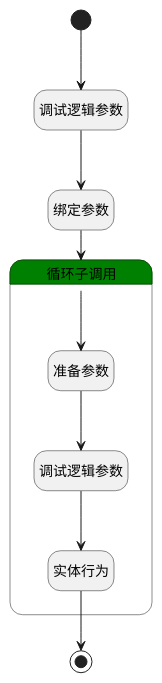
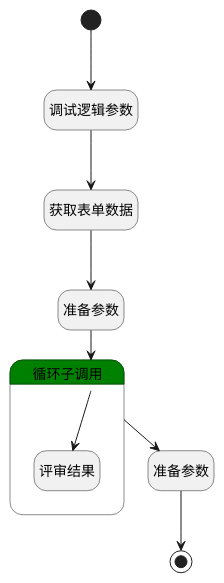
Before and after one commit to iBizLab/plm: the diagram in doc/docsify/module/TestMgmt/review_content/logic/set_review_result.md, drawn with PlantUML. The commit also changed other lines of this file and 1068 other files, not shown here.

````diff
--- a/doc/docsify/module/TestMgmt/review_content/logic/set_review_result.md
+++ b/doc/docsify/module/TestMgmt/review_content/logic/set_review_result.md
@@ -7,32 +7,32 @@
 ```plantuml
 @startuml
 hide empty description
 <style>
 root {
   HyperlinkColor #42b983
 }
 </style>
 
 hide empty description
 state "开始" as Begin <<start>> [[$./set_review_result#begin {"开始"}]]
 state "调试逻辑参数" as DEBUGPARAM1  [[$./set_review_result#debugparam1 {"调试逻辑参数"}]]
-state "绑定参数" as BINDPARAM1  [[$./set_review_result#bindparam1 {"绑定参数"}]]
+state "获取表单数据" as BINDPARAM1  [[$./set_review_result#bindparam1 {"获取表单数据"}]]
+state "准备参数" as PREPAREPARAM2  [[$./set_review_result#prepareparam2 {"准备参数"}]]
 state "结束" as END1 <<end>> [[$./set_review_result#end1 {"结束"}]]
+state "准备参数" as PREPAREPARAM1  [[$./set_review_result#prepareparam1 {"准备参数"}]]
 state "循环子调用" as LOOPSUBCALL1  [[$./set_review_result#loopsubcall1 {"循环子调用"}]] #green {
-state "准备参数" as PREPAREPARAM1  [[$./set_review_result#prepareparam1 {"准备参数"}]]
-state "调试逻辑参数" as DEBUGPARAM2  [[$./set_review_result#debugparam2 {"调试逻辑参数"}]]
-state "实体行为" as DEACTION1  [[$./set_review_result#deaction1 {"实体行为"}]]
+state "评审结果" as DEBUGPARAM3  [[$./set_review_result#debugparam3 {"评审结果"}]]
 }
 
 
 Begin --> DEBUGPARAM1
 DEBUGPARAM1 --> BINDPARAM1
-BINDPARAM1 --> LOOPSUBCALL1
+BINDPARAM1 --> PREPAREPARAM2
+PREPAREPARAM2 --> LOOPSUBCALL1
+LOOPSUBCALL1 --> DEBUGPARAM3
 LOOPSUBCALL1 --> PREPAREPARAM1
-PREPAREPARAM1 --> DEBUGPARAM2
-DEBUGPARAM2 --> DEACTION1
-DEACTION1 --> END1
+PREPAREPARAM1 --> END1
 
 
 @enduml
 ```
````
